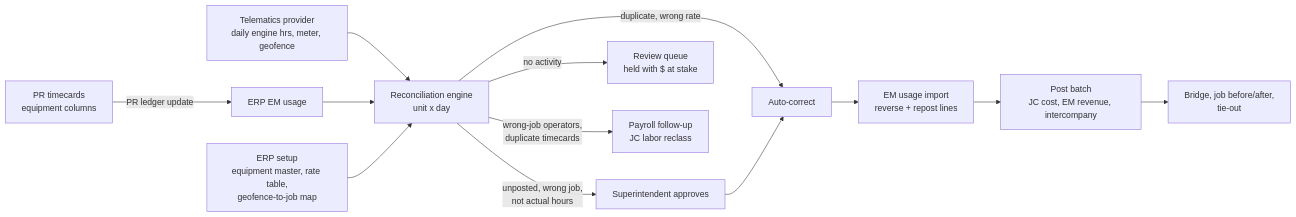
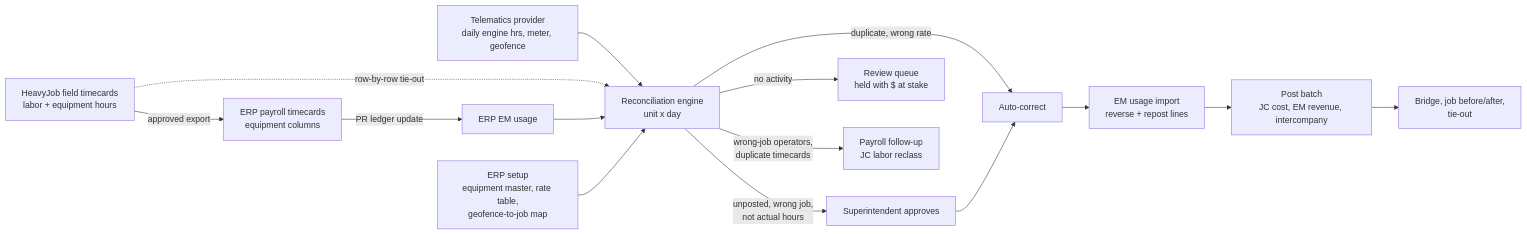
One commit to ReneeC1988/Renee-C changed the diagram in equipment-usage-recon/README.md. Above: the diagram before and after it, drawn with Mermaid. The commit also changed other lines of this file and 17 other files, not shown here.

First line of the commit message:
Equipment usage rec: add HeavyJob field timecards as the source of hours

````diff
--- a/equipment-usage-recon/README.md
+++ b/equipment-usage-recon/README.md
@@ -41,13 +41,15 @@
 ```mermaid
 flowchart LR
   A[Telematics provider<br/>daily engine hrs, meter, geofence] --> M[Reconciliation engine<br/>unit x day]
-  P[PR timecards<br/>equipment columns] -->|PR ledger update| B[ERP EM usage]
+  HJ[HeavyJob field timecards<br/>labor + equipment hours] -->|approved export| P[ERP payroll timecards<br/>equipment columns]
+  HJ -.->|row-by-row tie-out| M
+  P -->|PR ledger update| B[ERP EM usage]
   B --> M
   C[ERP setup<br/>equipment master, rate table,<br/>geofence-to-job map] --> M
   M -->|duplicate, wrong rate| D[Auto-correct]
   M -->|unposted, wrong job,<br/>not actual hours| E[Superintendent approves] --> D
   M -->|no activity| F[Review queue<br/>held with $ at stake]
   M -->|wrong-job operators,<br/>duplicate timecards| L[Payroll follow-up<br/>JC labor reclass]
   D --> G[EM usage import<br/>reverse + repost lines] --> H[Post batch<br/>JC cost, EM revenue, intercompany]
   H --> I[Bridge, job before/after,<br/>tie-out]
 ```
````
